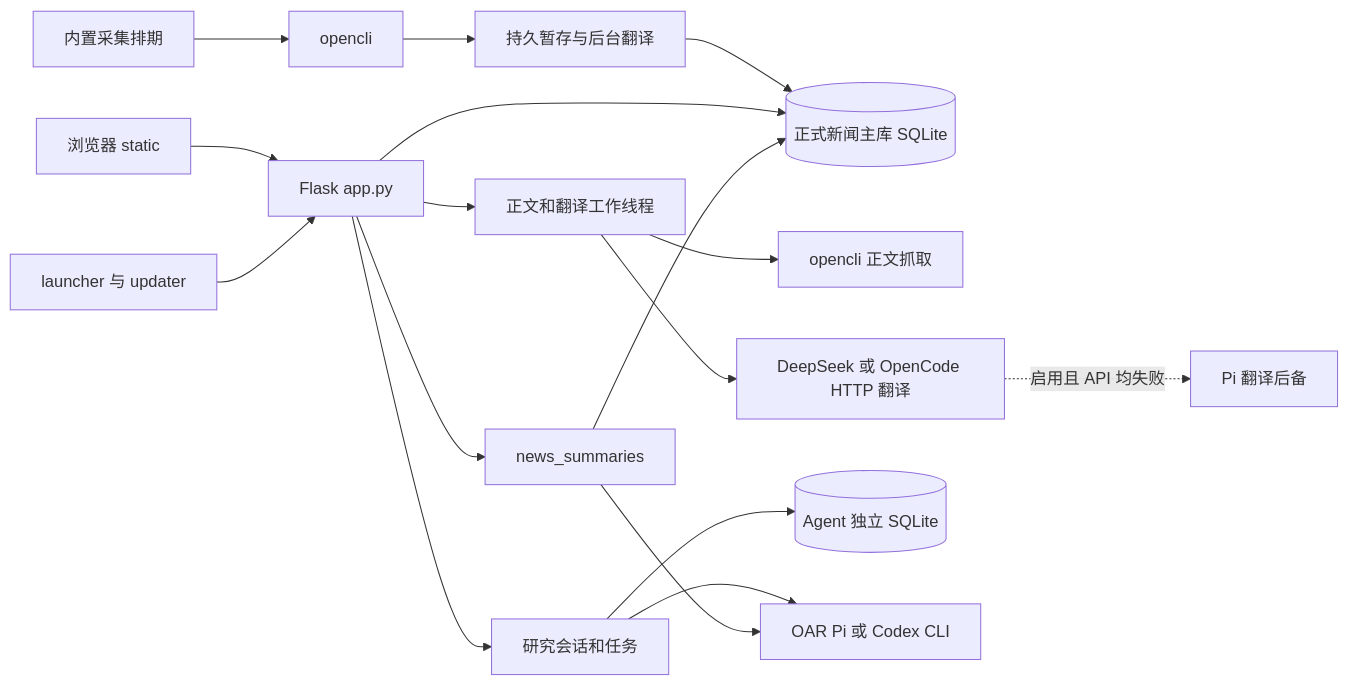
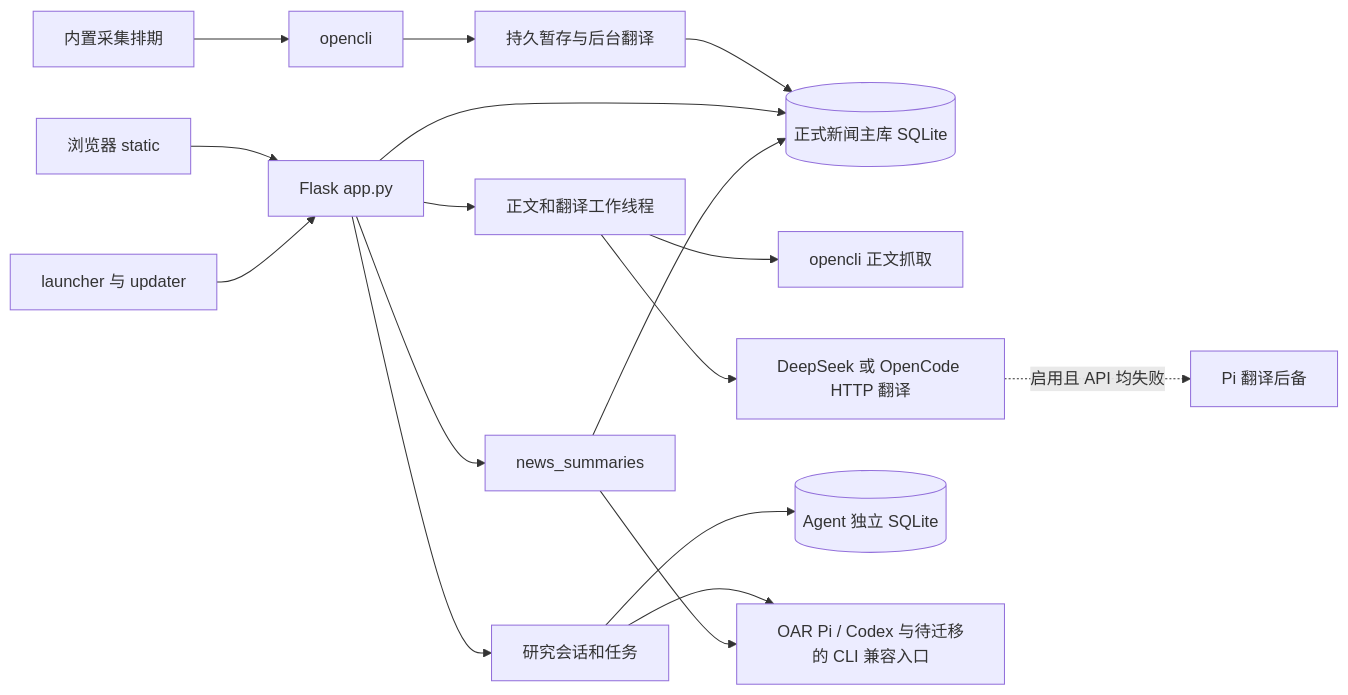
The diagram in docs/handoff/02-architecture.md (xusz12/NewsReader2), drawn with Mermaid before and after one commit. The commit also changed other lines of this file and 65 other files, not shown here.

````diff
--- a/docs/handoff/02-architecture.md
+++ b/docs/handoff/02-architecture.md
@@ -60,19 +71,19 @@
 ```mermaid
 flowchart LR
   C[内置采集排期] --> D[opencli]
   D --> S[持久暂存与后台翻译]
   S --> DB[(正式新闻主库 SQLite)]
   UI[浏览器 static] --> API[Flask app.py]
   API --> DB
   API --> W[正文和翻译工作线程]
   W --> CLI[opencli 正文抓取]
   W --> HTTP[DeepSeek 或 OpenCode HTTP 翻译]
   HTTP -. 启用且 API 均失败 .-> PI[Pi 翻译后备]
   API --> A[研究会话和任务]
   A --> ADB[(Agent 独立 SQLite)]
-  A --> R[OAR Pi 或 Codex CLI]
+  A --> R[OAR Pi / Codex 与待迁移的 CLI 兼容入口]
   API --> NS[news_summaries]
   NS --> R
   NS --> DB
   L[launcher 与 updater] --> API
 ```
````
